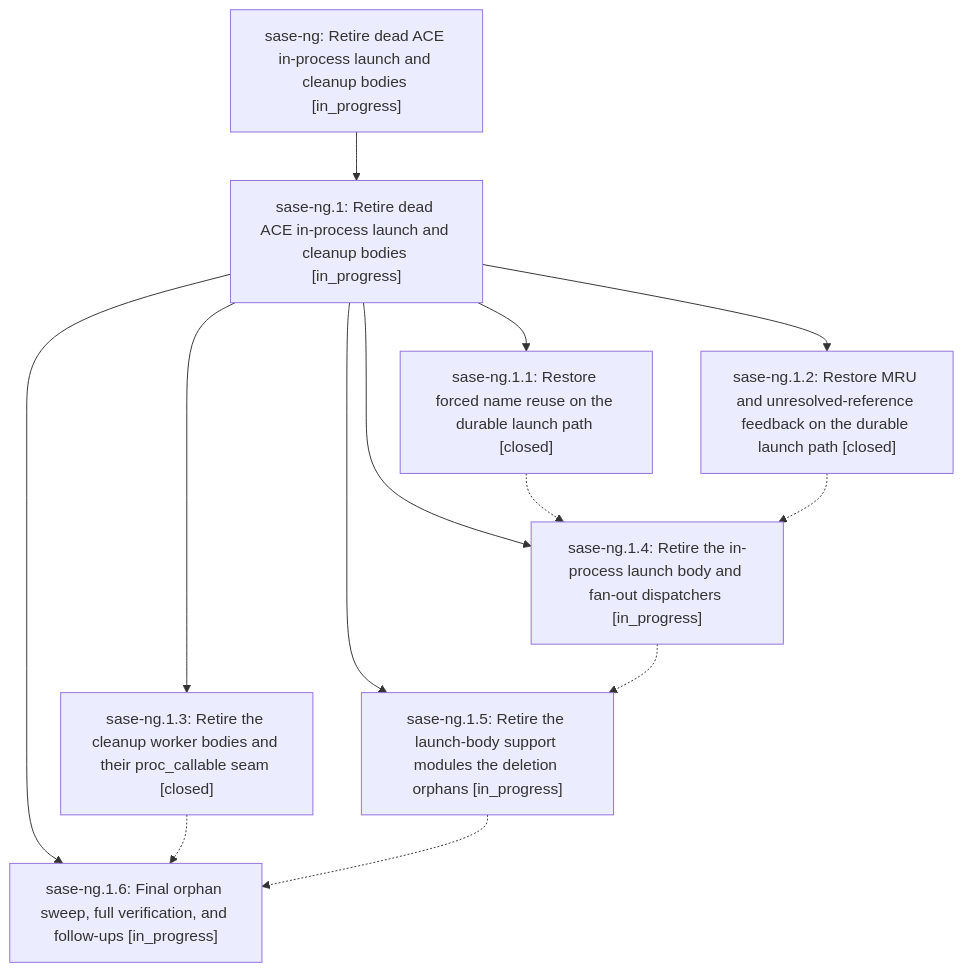
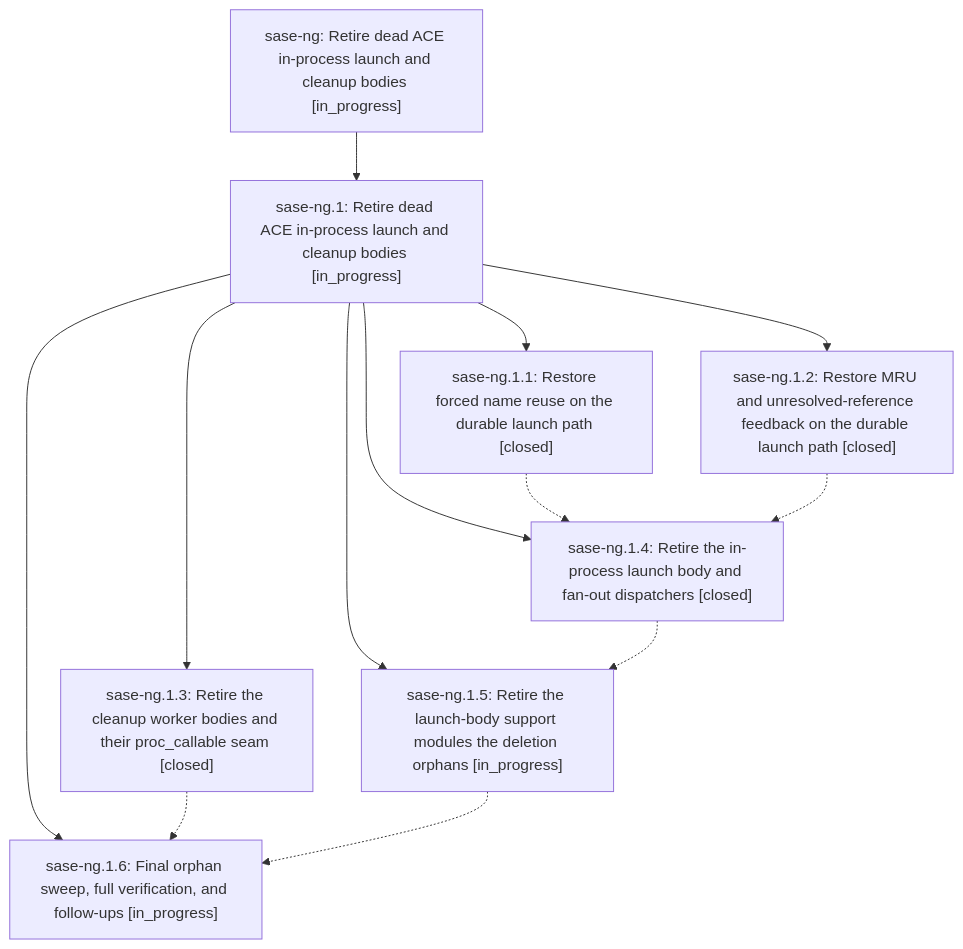
The diagram in pages/sase-ng/README.md (sase-org/sase--beads), drawn with Mermaid before and after one commit. The commit also changed other lines of this file and 4 other files, not shown here.

````diff
--- a/pages/sase-ng/README.md
+++ b/pages/sase-ng/README.md
@@ -22,23 +22,23 @@
 ```mermaid
 flowchart TD
     n0["sase-ng: Retire dead ACE in-process launch and cleanup bodies [in_progress]"]
     n1["sase-ng.1: Retire dead ACE in-process launch and cleanup bodies [in_progress]"]
     n2["sase-ng.1.1: Restore forced name reuse on the durable launch path [closed]"]
     n3["sase-ng.1.2: Restore MRU and unresolved-reference feedback on the durable launch path [closed]"]
     n4["sase-ng.1.3: Retire the cleanup worker bodies and their proc_callable seam [closed]"]
-    n5["sase-ng.1.4: Retire the in-process launch body and fan-out dispatchers [in_progress]"]
+    n5["sase-ng.1.4: Retire the in-process launch body and fan-out dispatchers [closed]"]
     n6["sase-ng.1.5: Retire the launch-body support modules the deletion orphans [in_progress]"]
     n7["sase-ng.1.6: Final orphan sweep, full verification, and follow-ups [in_progress]"]
     n0 --> n1
     n1 --> n2
     n1 --> n3
     n1 --> n4
     n1 --> n5
     n1 --> n6
     n1 --> n7
     n2 -.-> n5
     n3 -.-> n5
     n4 -.-> n7
     n5 -.-> n6
     n6 -.-> n7
 ```
````
